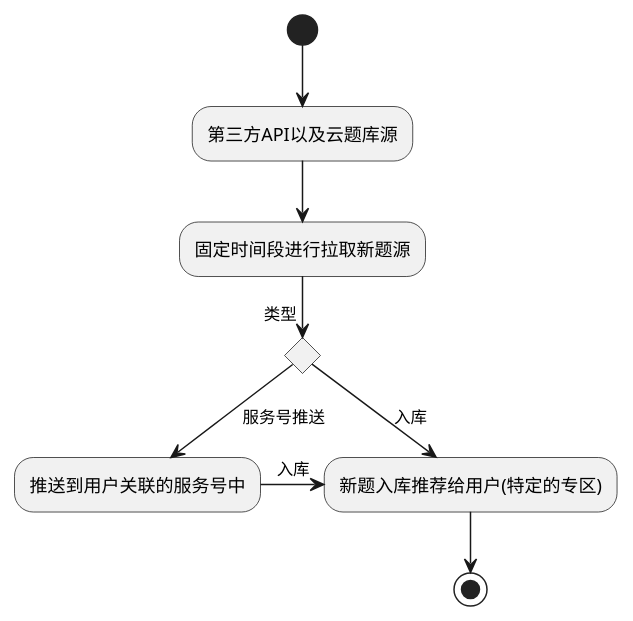
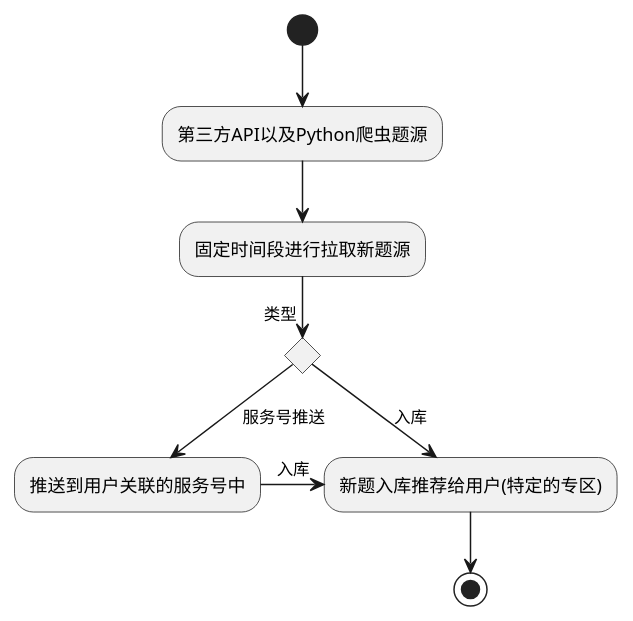
One commit to swordjs/app changed the diagram in doc/db/pull.puml. Above: the diagram before and after it, drawn with PlantUML.

Commit message:
[doc]爬取规则流程图修改

```diff
--- a/doc/db/pull.puml
+++ b/doc/db/pull.puml
@@ -1,11 +1,11 @@
 @startuml
-(*) --> "第三方API以及云题库源"
+(*) --> "第三方API以及Python爬虫题源"
 --> "固定时间段进行拉取新题源"
 if "类型" then
 --> [服务号推送] "推送到用户关联的服务号中"
 -right-> [入库] "新题入库推荐给用户(特定的专区)"
 else
 -right-> [入库] "新题入库推荐给用户(特定的专区)"
 Endif
 --> (*)
 @enduml
```
